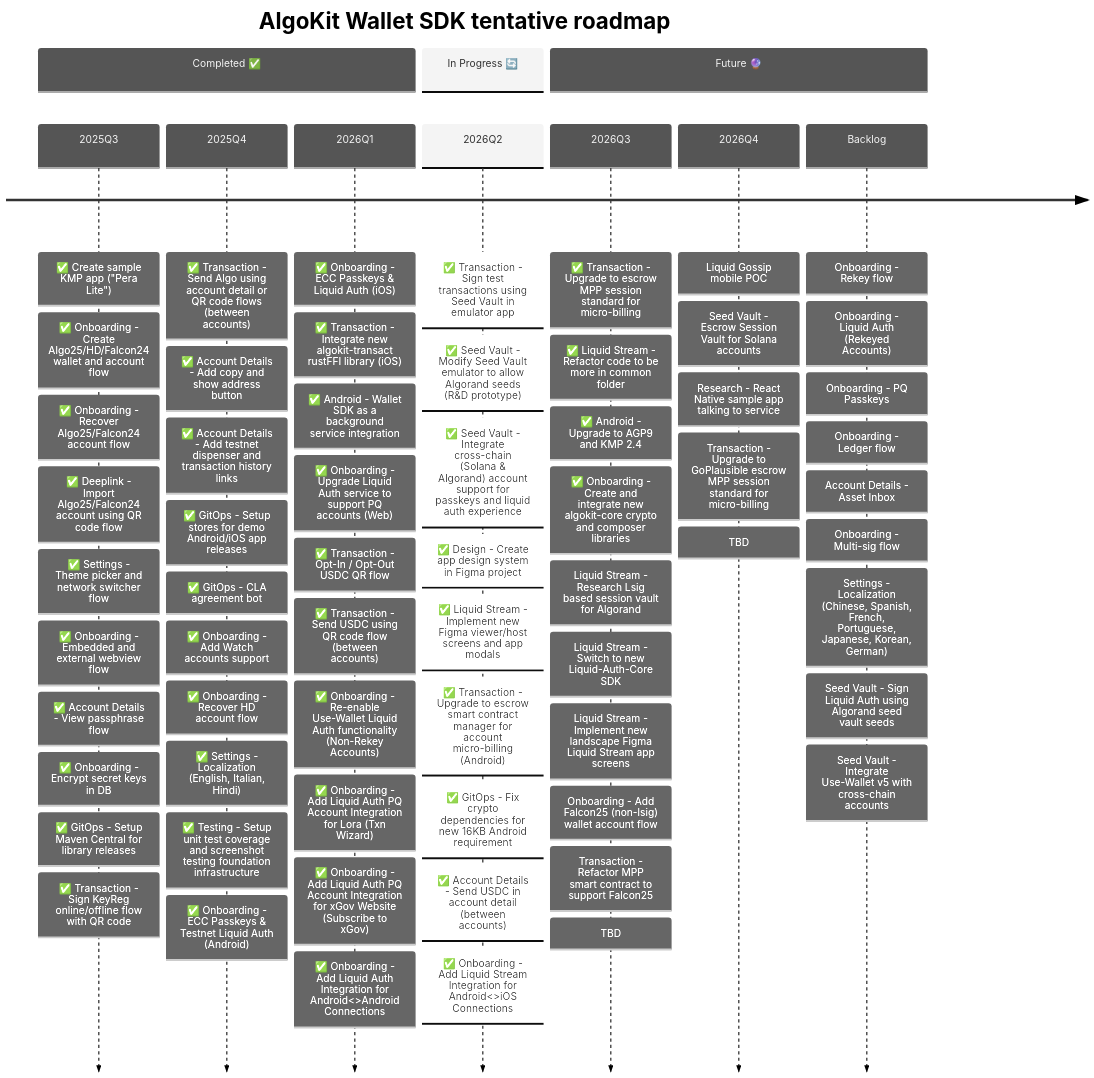
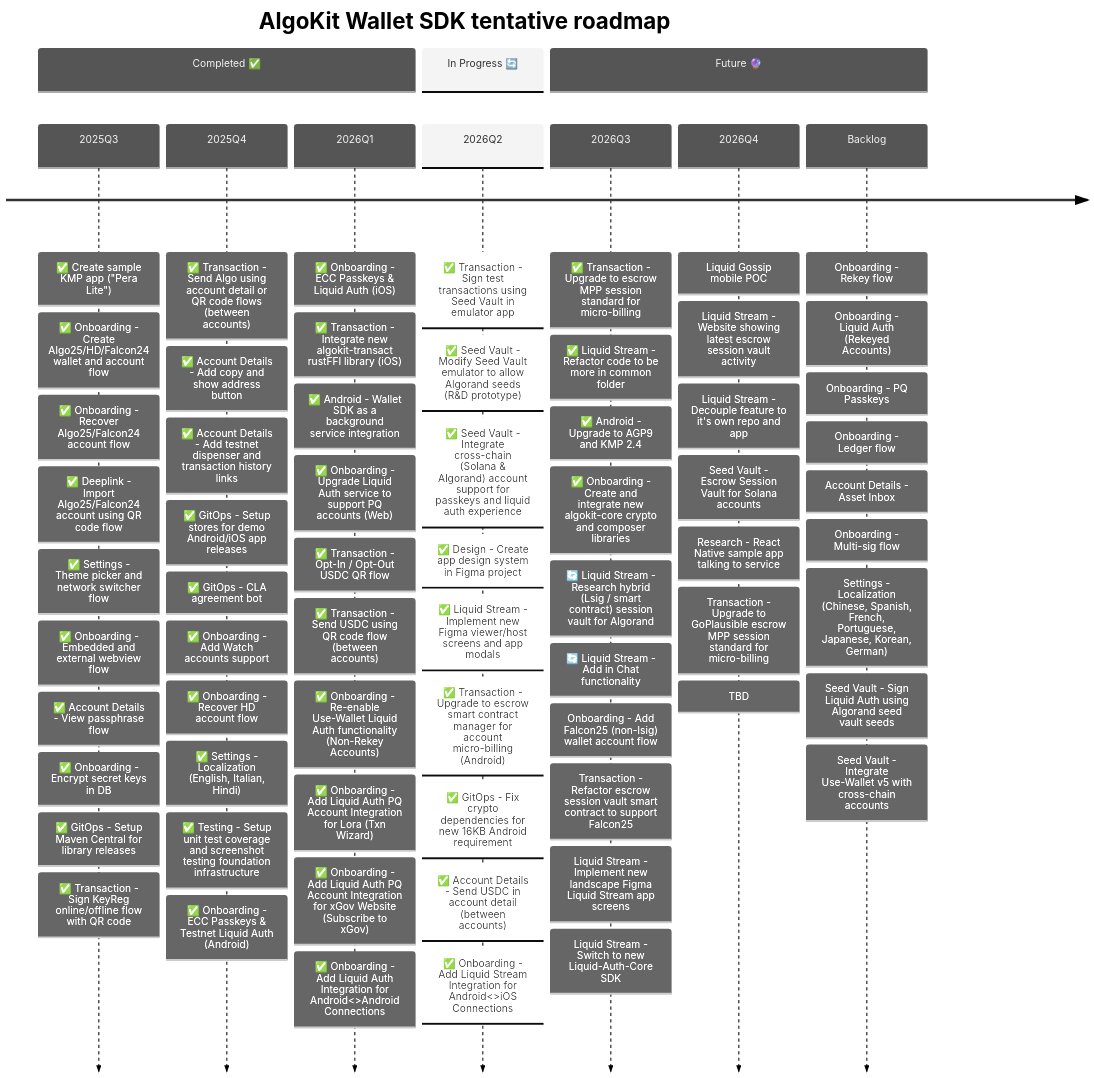
One commit to michaeltchuangllc/algokit-walletsdk-kmp changed the second of 3 diagrams in README.md. Above: the diagram before and after it, drawn with Mermaid.

Commit message:
docs: update roadmap

```diff
--- a/README.md
+++ b/README.md
@@ -124,14 +124,17 @@
              : ✅ Liquid Stream - Refactor code to be more in common folder
              : ✅ Android - Upgrade to AGP9 and KMP 2.4
              : ✅ Onboarding - Create and integrate new algokit-core crypto and composer libraries
-             : Liquid Stream - Research Lsig based session vault for Algorand 
+             : 🔄 Liquid Stream - Research hybrid (Lsig / smart contract) session vault for Algorand
+             : 🔄 Liquid Stream - Add in Chat functionality
+             : Onboarding - Add Falcon25 (non-lsig) wallet account flow
+             : Transaction - Refactor escrow session vault smart contract to support Falcon25
+             : Liquid Stream - Implement new landscape Figma Liquid Stream app screens
              : Liquid Stream - Switch to new Liquid-Auth-Core SDK
-             : Liquid Stream - Implement new landscape Figma Liquid Stream app screens
-             : Onboarding - Add Falcon25 (non-lsig) wallet account flow
-             : Transaction - Refactor MPP smart contract to support Falcon25
-             : TBD
+
     2026Q4   
              : Liquid Gossip mobile POC
+             : Liquid Stream - Website showing latest escrow session vault activity
+             : Liquid Stream - Decouple feature to it's own repo and app
              : Seed Vault - Escrow Session Vault for Solana accounts 
              : Research - React Native sample app talking to service
              : Transaction - Upgrade to GoPlausible escrow MPP session standard for micro-billing
```
